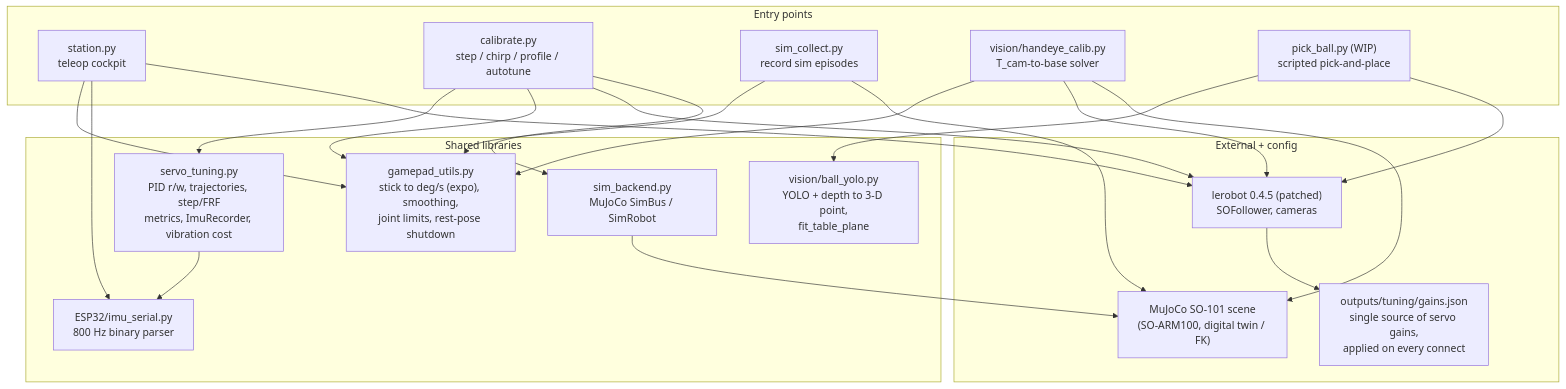
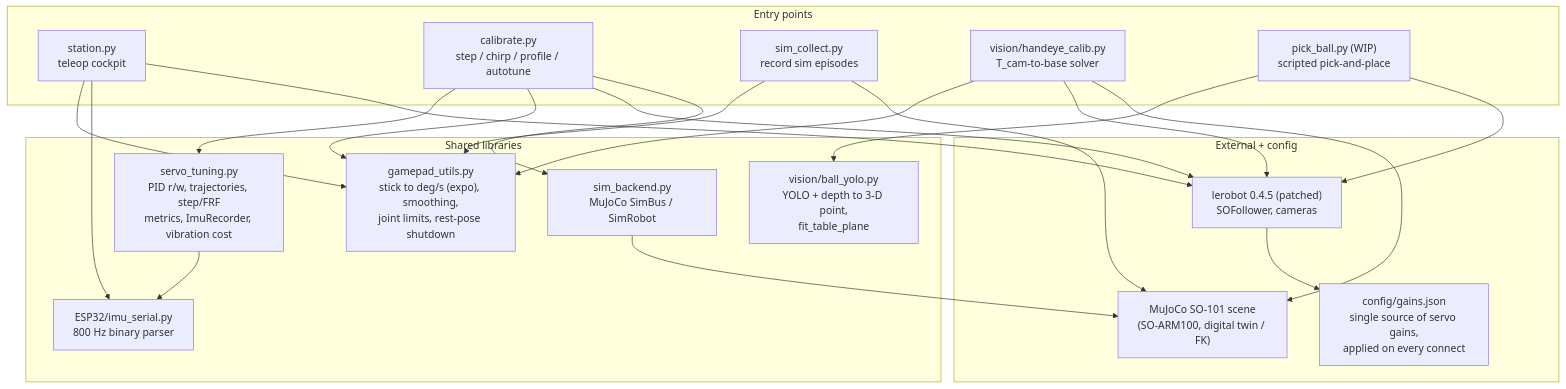
Before and after one commit to amiryanj/robot_bazoo: the second of 2 diagrams in README.md, drawn with Mermaid. The commit also changed other lines of this file and 5 other files, not shown here.

First line of the commit message:
refactor(config): move gains.json + gamepad layout into one tracked config/ dir

````diff
--- a/README.md
+++ b/README.md
@@ -50,33 +50,33 @@
 ```mermaid
 flowchart TD
     subgraph entry["Entry points"]
         station["station.py<br/>teleop cockpit"]
         calibrate["calibrate.py<br/>step / chirp / profile / autotune"]
         simc["sim_collect.py<br/>record sim episodes"]
         he["vision/handeye_calib.py<br/>T_cam-to-base solver"]
         pb["pick_ball.py (WIP)<br/>scripted pick-and-place"]
     end
 
     subgraph shared["Shared libraries"]
         gp["gamepad_utils.py<br/>stick to deg/s (expo), smoothing,<br/>joint limits, rest-pose shutdown"]
         stl["servo_tuning.py<br/>PID r/w, trajectories, step/FRF<br/>metrics, ImuRecorder, vibration cost"]
         imus["ESP32/imu_serial.py<br/>800 Hz binary parser"]
         vis["vision/ball_yolo.py<br/>YOLO + depth to 3-D point,<br/>fit_table_plane"]
         sb["sim_backend.py<br/>MuJoCo SimBus / SimRobot"]
     end
 
     subgraph extern["External + config"]
         lr["lerobot 0.4.5 (patched)<br/>SOFollower, cameras"]
-        gj["outputs/tuning/gains.json<br/>single source of servo gains,<br/>applied on every connect"]
+        gj["config/gains.json<br/>single source of servo gains,<br/>applied on every connect"]
         mj["MuJoCo SO-101 scene<br/>(SO-ARM100, digital twin / FK)"]
     end
 
     station --> gp & imus & lr
     calibrate --> stl & gp & lr & sb
     simc --> gp & mj
     he --> gp & lr & mj
     pb --> vis & lr
     stl --> imus
     lr --> gj
     sb --> mj
 ```
````
